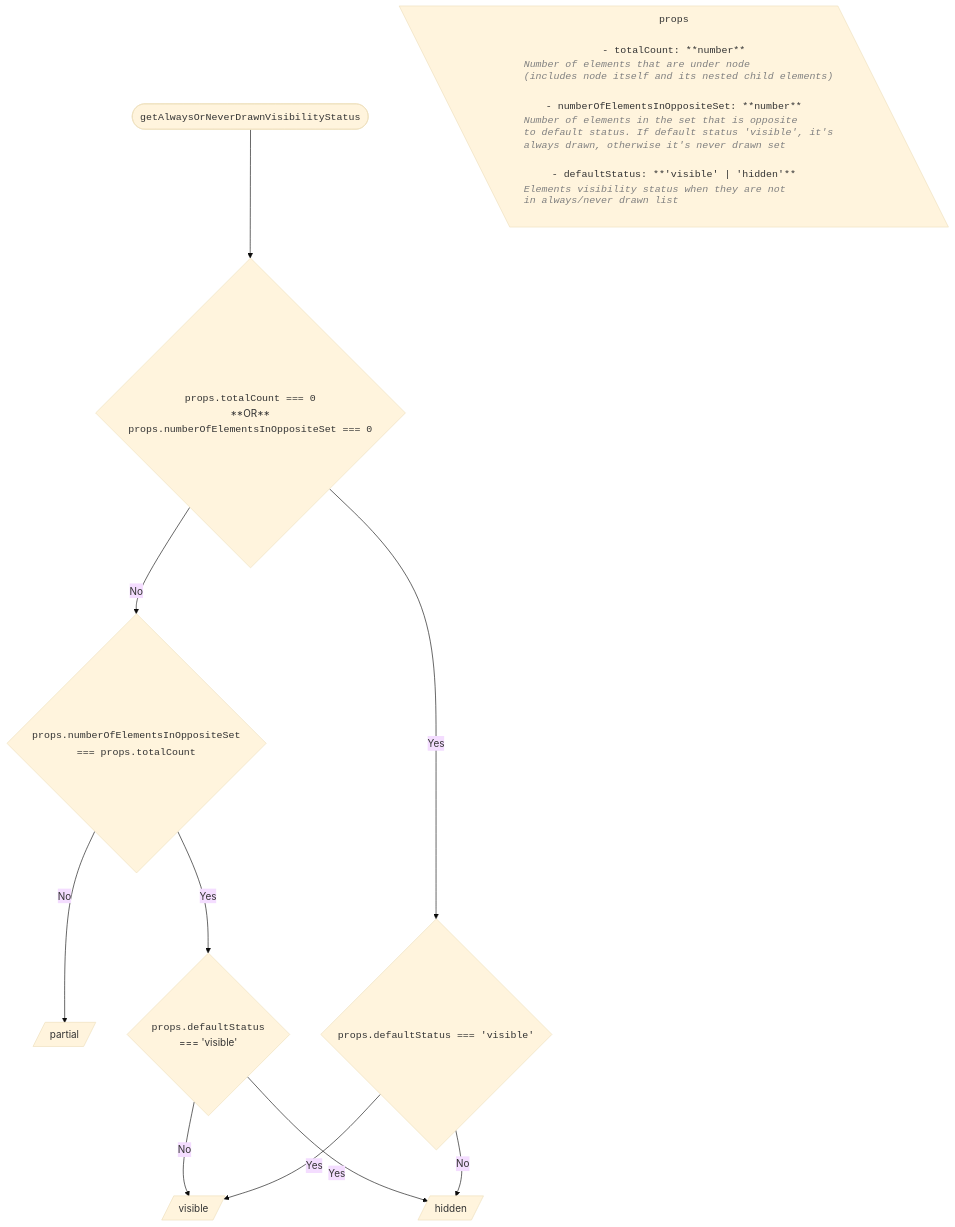
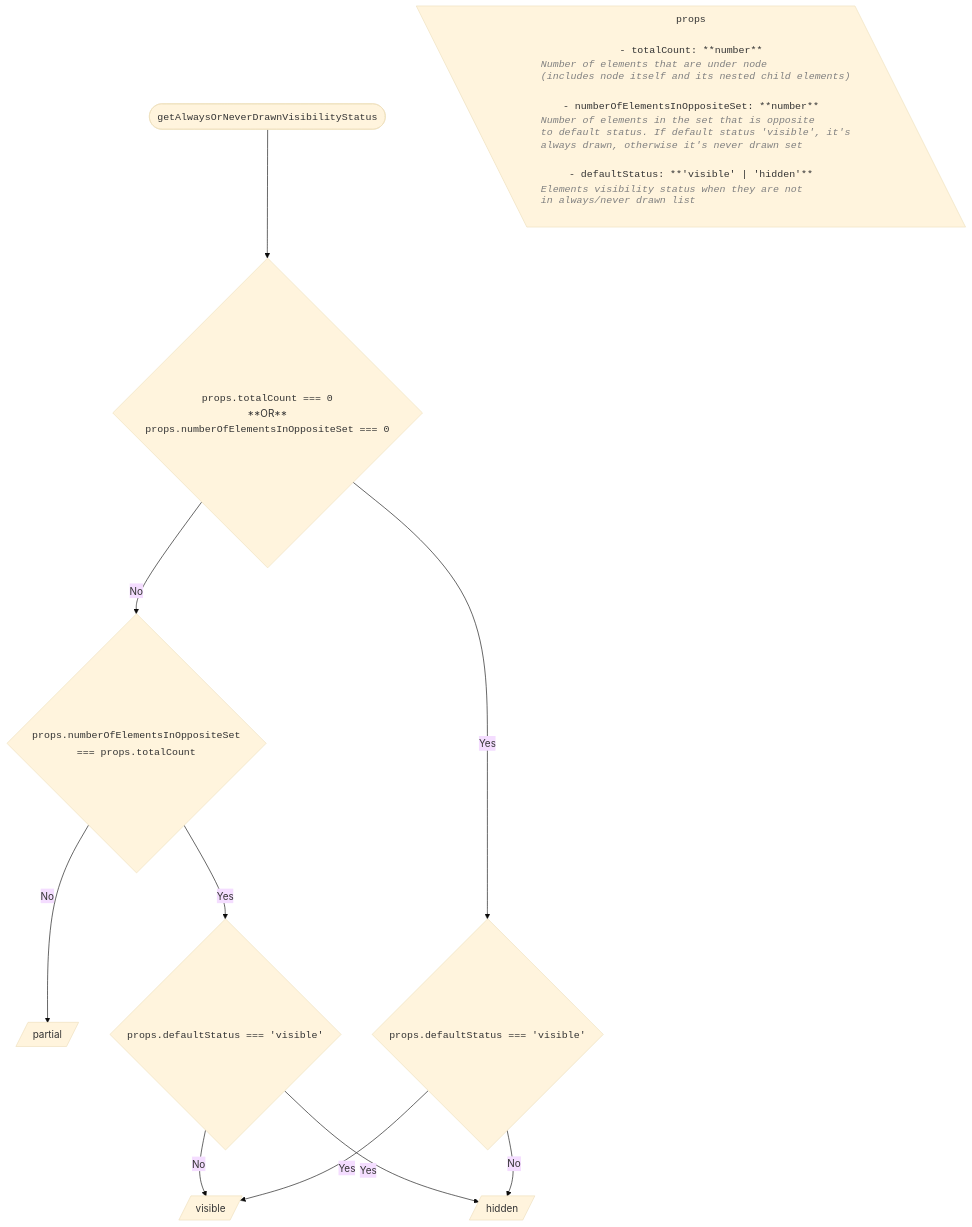
Before and after one commit to iTwin/viewer-components-react: the sixth of 6 diagrams in packages/itwin/tree-widget/docs/SharedVisibilityHandling.md, drawn with Mermaid (base theme).

````diff
--- a/packages/itwin/tree-widget/docs/SharedVisibilityHandling.md
+++ b/packages/itwin/tree-widget/docs/SharedVisibilityHandling.md
@@ -387,56 +387,56 @@
 ```mermaid
 ---
 config:
   flowchart:
     wrappingWidth: 750
     useMaxWidth: false
 ---
 
 flowchart TD
   RESULT_Partial[/partial/]
   RESULT_Visible[/visible/]
   RESULT_Hidden[/hidden/]
 
   %% Start
   TITLE(["<code>getAlwaysOrNeverDrawnVisibilityStatus</code>"]) --> A{"<code>props.totalCount === 0</code><br/>**OR**<br/><code>props.numberOfElementsInOppositeSet === 0</code>"}
 
   PROPS[\"
     <code>props</code>
     <code style='text-align: left; line-height: 1.2'>
       - totalCount: **number**
       %% need !important on color since to not take the config color
      <span style='color: #808080 !important; font-style: italic; margin-top: 4px; display: block; margin-left: 15px'>Number of elements that are under node <br/> (includes node itself and its nested child elements)
      </span>
       - numberOfElementsInOppositeSet: **number**
       <span style='color: #808080 !important; font-style: italic; margin-top: 4px; display: block; margin-left: 15px'>Number of elements in the set that is opposite  <br/> to default status. If default status 'visible', it's  <br/> always drawn, otherwise it's never drawn set
       </span>
       - defaultStatus: **'visible' | 'hidden'**
       <span style='color: #808080 !important; font-style: italic; margin-top: 4px; display: block; margin-left: 15px'>Elements visibility status when they are not <br/>in always/never drawn list
       </span>
     </code>
   "\]
 
   %% Branch Yes
   A -- Yes --> B1{"<code>props.defaultStatus === 'visible'</code>"}
 
     %% Branch Yes
     B1 -- Yes --> RESULT_Visible
 
     %% Branch No
     B1 -- No --> RESULT_Hidden
 
   %% Branch No
   A -- No --> B2{"<code>props.numberOfElementsInOppositeSet<br /> === props.totalCount</code>"}
 
     %% Branch No
     B2 -- No --> RESULT_Partial
 
     %% Branch Yes
-    B2 -- Yes --> C{"<code>props.defaultStatus</code> <br/> === 'visible'"}
+    B2 -- Yes --> C{"<code>props.defaultStatus === 'visible'</code>"}
 
       %% Branch Yes
       C -- Yes --> RESULT_Hidden
 
       %% Branch No
       C -- No --> RESULT_Visible
 ```
````
